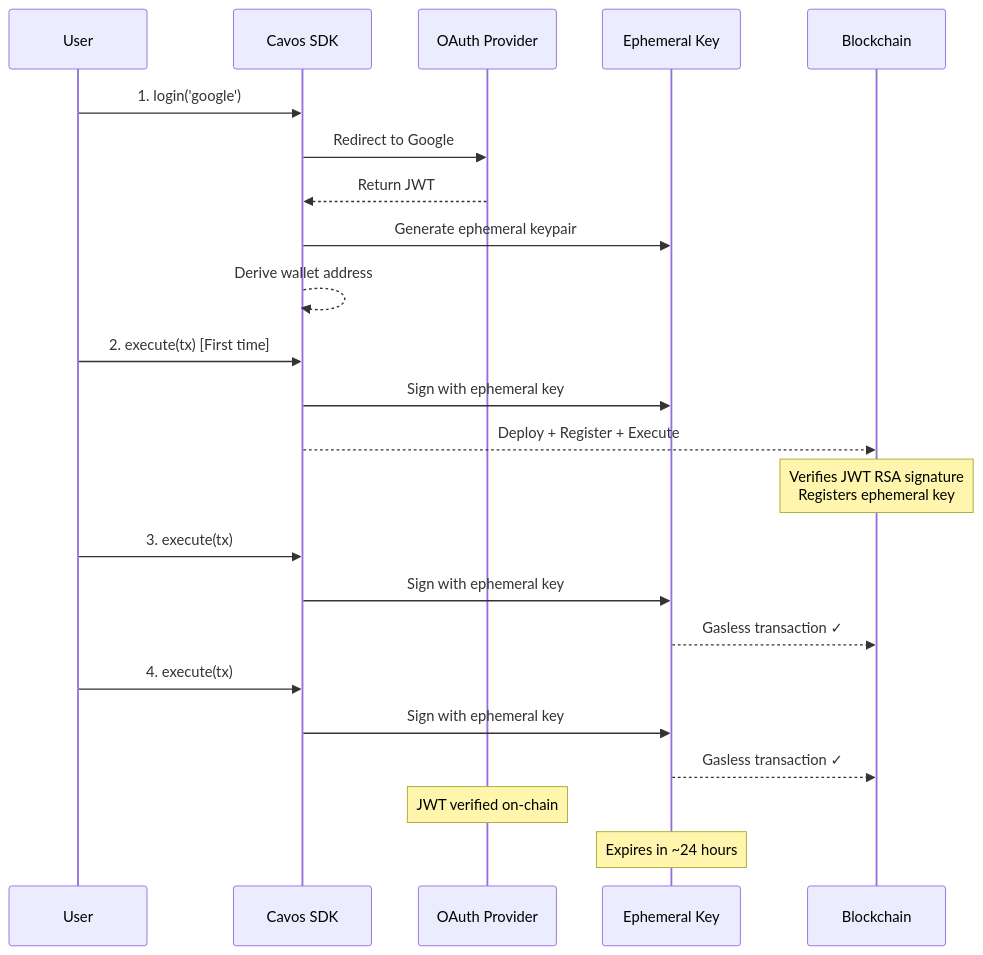
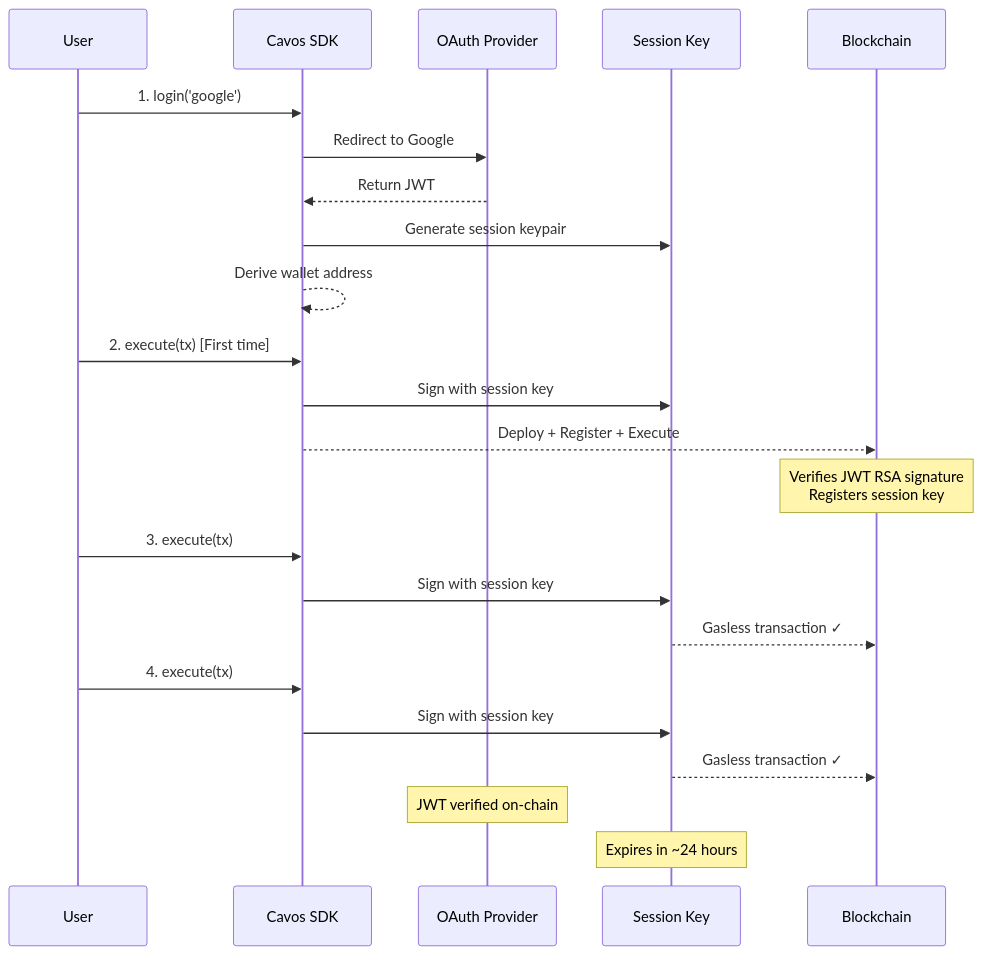
Before and after one commit to cavos-labs/docs: the diagram in quickstart.mdx, drawn with Mermaid. The commit also changed other lines of this file and 9 other files, not shown here.

````diff
--- a/quickstart.mdx
+++ b/quickstart.mdx
@@ -173,30 +184,30 @@
 ```mermaid
 sequenceDiagram
     participant U as User
     participant SDK as Cavos SDK
     participant OAuth as OAuth Provider
-    participant EK as Ephemeral Key
+    participant EK as Session Key
     participant Chain as Blockchain
 
     U->>SDK: 1. login('google')
     SDK->>OAuth: Redirect to Google
     OAuth-->>SDK: Return JWT
-    SDK->>EK: Generate ephemeral keypair
+    SDK->>EK: Generate session keypair
     SDK-->>SDK: Derive wallet address
 
     U->>SDK: 2. execute(tx) [First time]
-    SDK->>EK: Sign with ephemeral key
+    SDK->>EK: Sign with session key
     SDK-->>Chain: Deploy + Register + Execute
-    Note over Chain: Verifies JWT RSA signature<br/>Registers ephemeral key
+    Note over Chain: Verifies JWT RSA signature<br/>Registers session key
 
     U->>SDK: 3. execute(tx)
-    SDK->>EK: Sign with ephemeral key
+    SDK->>EK: Sign with session key
     EK-->>Chain: Gasless transaction ✓
 
     U->>SDK: 4. execute(tx)
-    SDK->>EK: Sign with ephemeral key
+    SDK->>EK: Sign with session key
     EK-->>Chain: Gasless transaction ✓
 
     Note over OAuth: JWT verified on-chain
     Note over EK: Expires in ~24 hours
 ```
````
